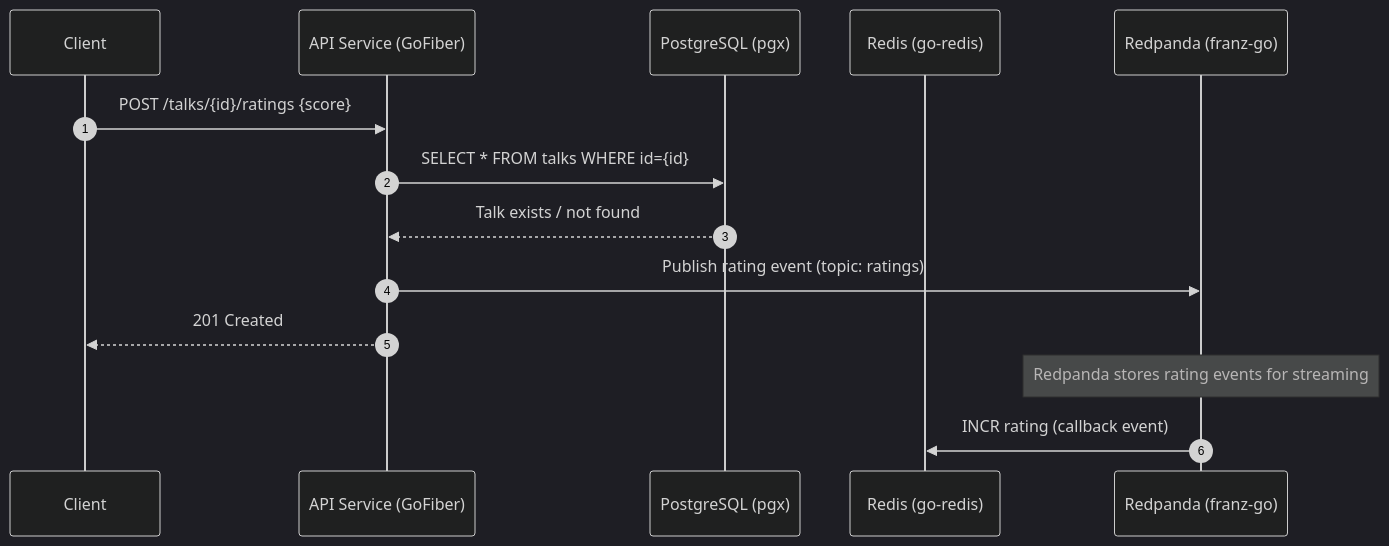
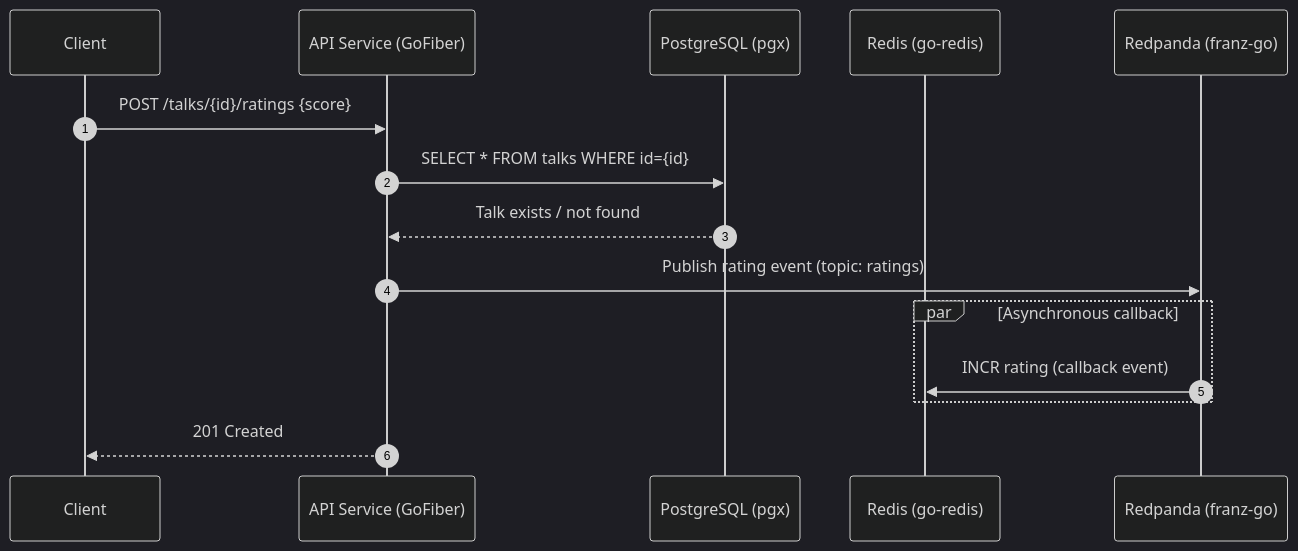
One commit to testcontainers/workshop-go changed the second of 4 diagrams in step-2-exploring-the-app.md. Above: the diagram before and after it, drawn with Mermaid (dark theme).

Commit message:
docs: update async callback

````diff
--- a/step-2-exploring-the-app.md
+++ b/step-2-exploring-the-app.md
@@ -79,17 +79,18 @@
 ```mermaid
 sequenceDiagram
   participant Client as Client
   participant API as API Service (GoFiber)
   participant PG as PostgreSQL (pgx)
   participant RD as Redis (go-redis)
   participant RP as Redpanda (franz-go)
 
   autonumber
   Client ->> API: POST /talks/{id}/ratings {score}
   API ->> PG: SELECT * FROM talks WHERE id={id}
   PG -->> API: Talk exists / not found
   API ->> RP: Publish rating event (topic: ratings)
+  par Asynchronous callback
+    RP ->> RD: INCR rating (callback event)
+  end
   API -->> Client: 201 Created
-  Note over RP: Redpanda stores rating events for streaming
-  RP ->> RD: INCR rating (callback event)
 ```
````
